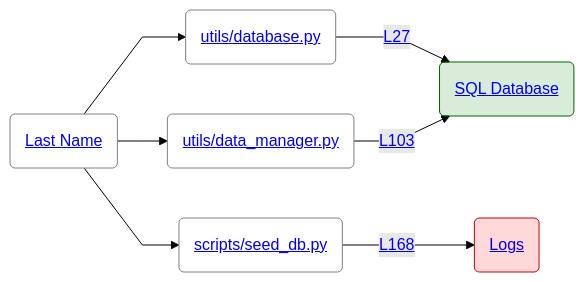
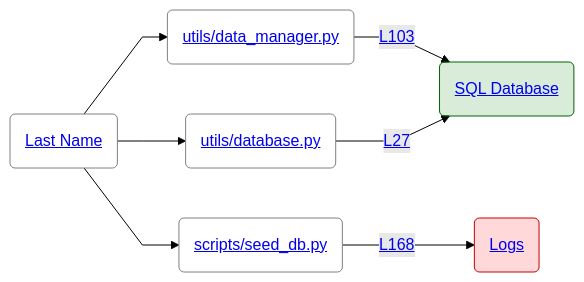
Before and after one commit to hounddogai/hounddog: diagram 12 of 12 in hounddog-sample-report.md, drawn with Mermaid (forest theme). The commit also changed other lines of this file and 1 other file, not shown here.

Commit message:
Update demo.gif and hounddog-sample-report.md

````diff
--- a/hounddog-sample-report.md
+++ b/hounddog-sample-report.md
@@ -843,23 +864,23 @@
 ```mermaid
 %%{init: {'flowchart': {'curve': 'linear'}}}%%
 flowchart LR
 de_37("<a href='#data-element-37'>Last Name</a>")
 style de_37 fill:none,stroke:#808080,stroke-width:1px
-file_37_a5d31205d55c70dbb753118aeba456b0("<a href='https://github.com/hounddogai/hounddog-test-python-app/blob/781c916790f5/utils/database.py'>utils/database.py</a>")
-style file_37_a5d31205d55c70dbb753118aeba456b0 fill:none,stroke:#808080,stroke-width:1px
-de_37 --> file_37_a5d31205d55c70dbb753118aeba456b0
-file_37_a5d31205d55c70dbb753118aeba456b0 --> |<a href='https://github.com/hounddogai/hounddog-test-python-app/blob/781c916790f5/utils/database.py#L27-L27'>L27</a>| sink_sql_db
 file_37_f3b82eca6148dc549059de4f35e70529("<a href='https://github.com/hounddogai/hounddog-test-python-app/blob/781c916790f5/utils/data_manager.py'>utils/data_manager.py</a>")
 style file_37_f3b82eca6148dc549059de4f35e70529 fill:none,stroke:#808080,stroke-width:1px
 de_37 --> file_37_f3b82eca6148dc549059de4f35e70529
 file_37_f3b82eca6148dc549059de4f35e70529 --> |<a href='https://github.com/hounddogai/hounddog-test-python-app/blob/781c916790f5/utils/data_manager.py#L103-L103'>L103</a>| sink_sql_db
 file_37_1494986c7747c28afab49b7804e0927c("<a href='https://github.com/hounddogai/hounddog-test-python-app/blob/781c916790f5/scripts/seed_db.py'>scripts/seed_db.py</a>")
 style file_37_1494986c7747c28afab49b7804e0927c fill:none,stroke:#808080,stroke-width:1px
 de_37 --> file_37_1494986c7747c28afab49b7804e0927c
 file_37_1494986c7747c28afab49b7804e0927c --> |<a href='https://github.com/hounddogai/hounddog-test-python-app/blob/781c916790f5/scripts/seed_db.py#L168-L168'>L168</a>| sink_logs
+file_37_a5d31205d55c70dbb753118aeba456b0("<a href='https://github.com/hounddogai/hounddog-test-python-app/blob/781c916790f5/utils/database.py'>utils/database.py</a>")
+style file_37_a5d31205d55c70dbb753118aeba456b0 fill:none,stroke:#808080,stroke-width:1px
+de_37 --> file_37_a5d31205d55c70dbb753118aeba456b0
+file_37_a5d31205d55c70dbb753118aeba456b0 --> |<a href='https://github.com/hounddogai/hounddog-test-python-app/blob/781c916790f5/utils/database.py#L27-L27'>L27</a>| sink_sql_db
 sink_sql_db("<a href='#data-sink-sql-db'>SQL Database</a>")
 style sink_sql_db fill:#00800026,stroke:#006400,color:#006400
 sink_logs("<a href='#data-sink-logs'>Logs</a>")
 style sink_logs fill:#FF000026,stroke:#C80000,color:#C80000
 
 ```
````
